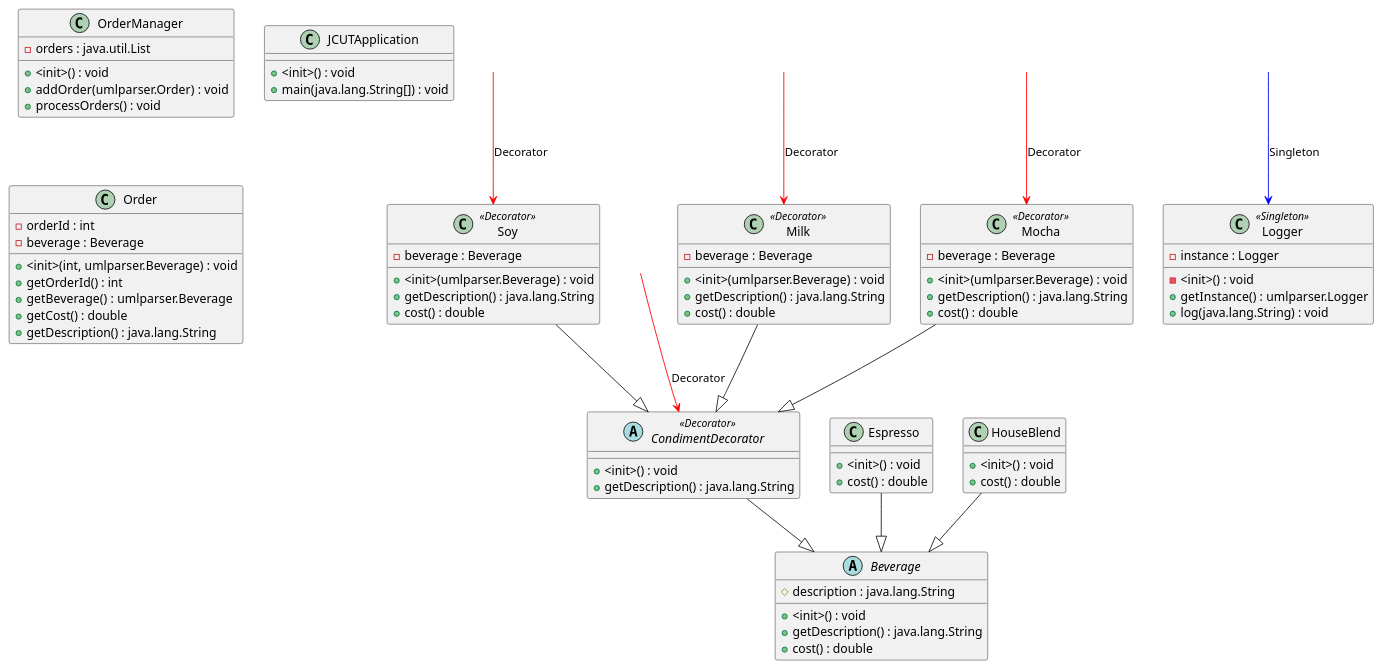
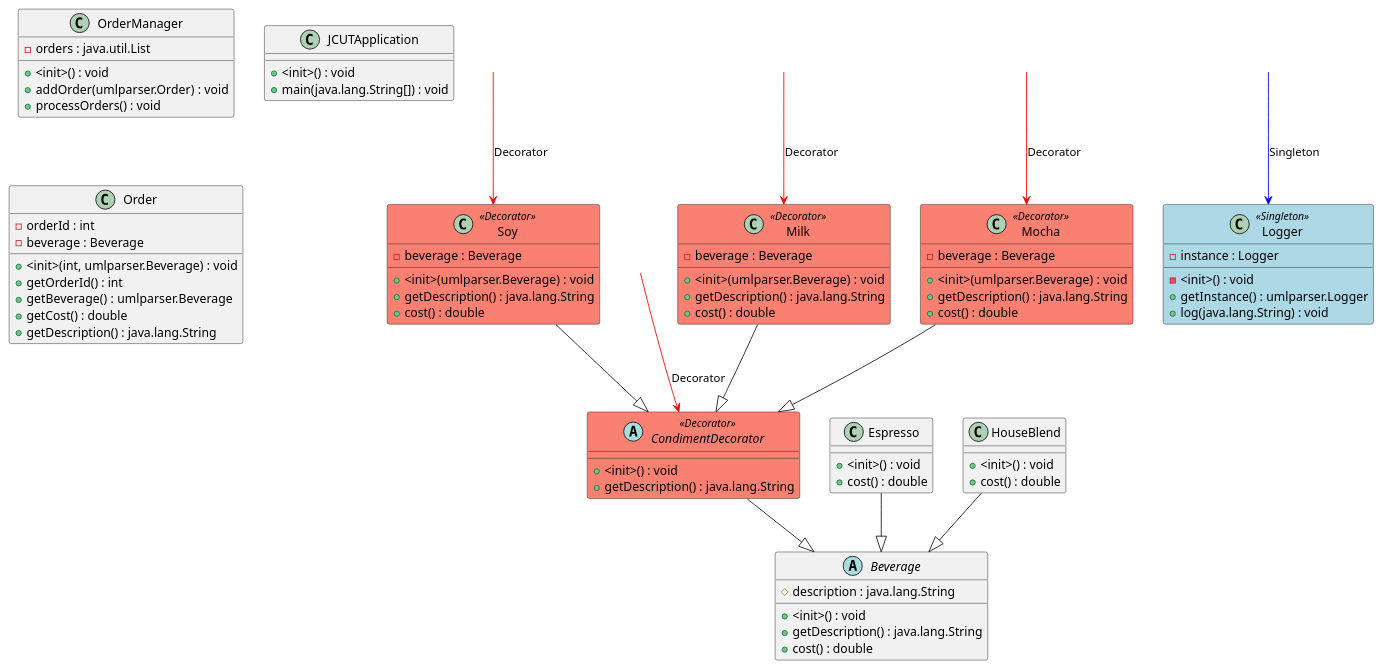
Before and after one commit to NateDKing/CSSE374-Grp5: the diagram in outputFiles/plantUML.plantuml, drawn with PlantUML. The commit also changed 3 other files, not shown here.

```diff
--- a/outputFiles/plantUML.plantuml
+++ b/outputFiles/plantUML.plantuml
@@ -1,91 +1,95 @@
 @startuml
 allowmixing
+skinparam class {
+BackgroundColor<<Decorator>> Salmon
+BackgroundColor<<Singleton>> LightBlue
+}
 abstract Beverage {
   # description : java.lang.String
   + <init>() : void
   + getDescription() : java.lang.String
   + cost() : double
 }
 
 label " " as SoyLabel
 SoyLabel -[#red]-> Soy : "Decorator"
 class Soy <<Decorator>> {
   - beverage : Beverage
   + <init>(umlparser.Beverage) : void
   + getDescription() : java.lang.String
   + cost() : double
 }
 
 label " " as CondimentDecoratorLabel
 CondimentDecoratorLabel -[#red]-> CondimentDecorator : "Decorator"
 abstract CondimentDecorator <<Decorator>> {
   + <init>() : void
   + getDescription() : java.lang.String
 }
 
 class OrderManager {
   - orders : java.util.List
   + <init>() : void
   + addOrder(umlparser.Order) : void
   + processOrders() : void
 }
 
 class JCUTApplication {
   + <init>() : void
   + main(java.lang.String[]) : void
 }
 
 label " " as LoggerLabel
 LoggerLabel -[#blue]-> Logger : "Singleton"
 class Logger <<Singleton>> {
   - instance : Logger
   - <init>() : void
   + getInstance() : umlparser.Logger
   + log(java.lang.String) : void
 }
 
 class Order {
   - orderId : int
   - beverage : Beverage
   + <init>(int, umlparser.Beverage) : void
   + getOrderId() : int
   + getBeverage() : umlparser.Beverage
   + getCost() : double
   + getDescription() : java.lang.String
 }
 
 label " " as MilkLabel
 MilkLabel -[#red]-> Milk : "Decorator"
 class Milk <<Decorator>> {
   - beverage : Beverage
   + <init>(umlparser.Beverage) : void
   + getDescription() : java.lang.String
   + cost() : double
 }
 
 label " " as MochaLabel
 MochaLabel -[#red]-> Mocha : "Decorator"
 class Mocha <<Decorator>> {
   - beverage : Beverage
   + <init>(umlparser.Beverage) : void
   + getDescription() : java.lang.String
   + cost() : double
 }
 
 class Espresso {
   + <init>() : void
   + cost() : double
 }
 
 class HouseBlend {
   + <init>() : void
   + cost() : double
 }
 
 Soy --|>CondimentDecorator
 CondimentDecorator --|>Beverage
 Milk --|>CondimentDecorator
 Mocha --|>CondimentDecorator
 Espresso --|>Beverage
 HouseBlend --|>Beverage
 @enduml
```
